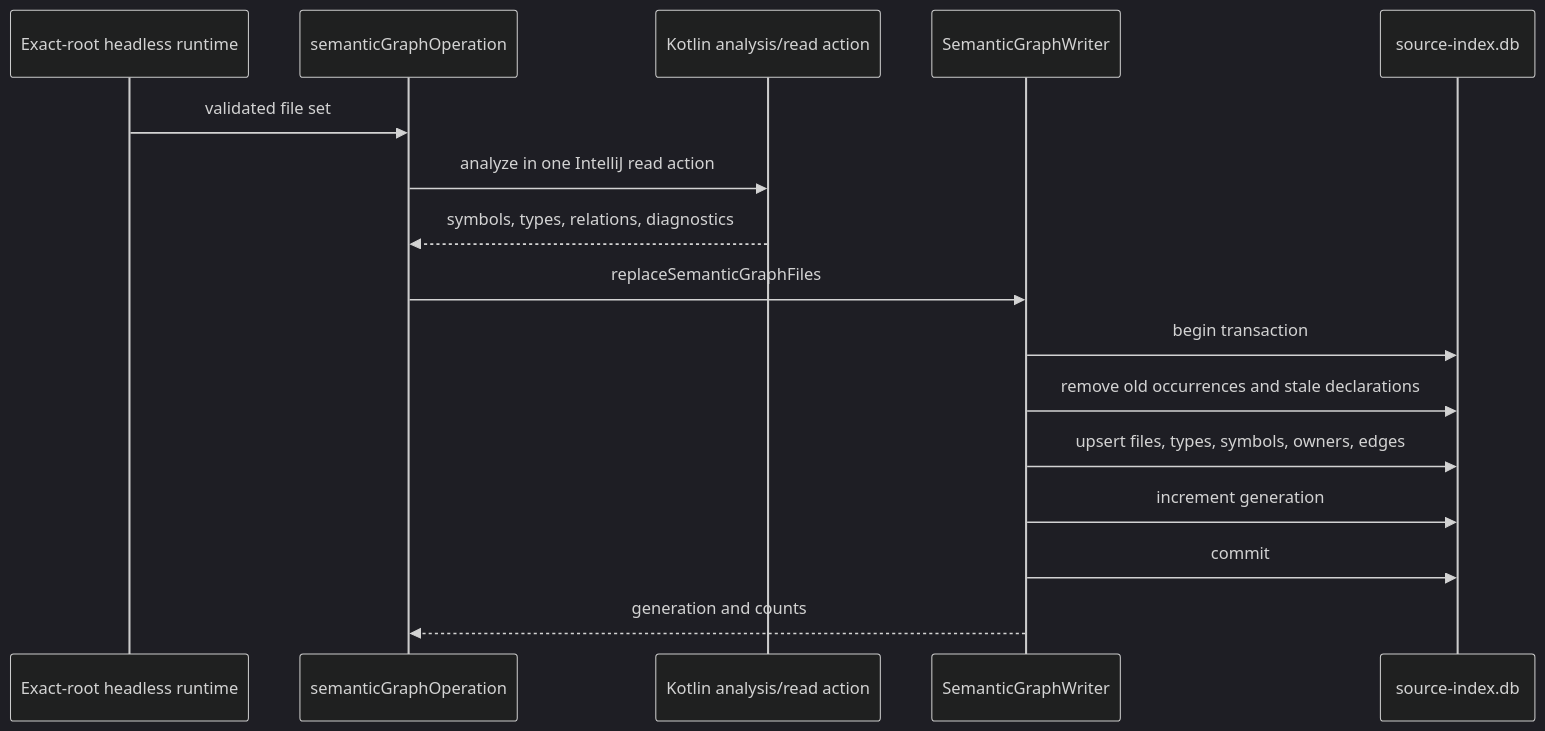
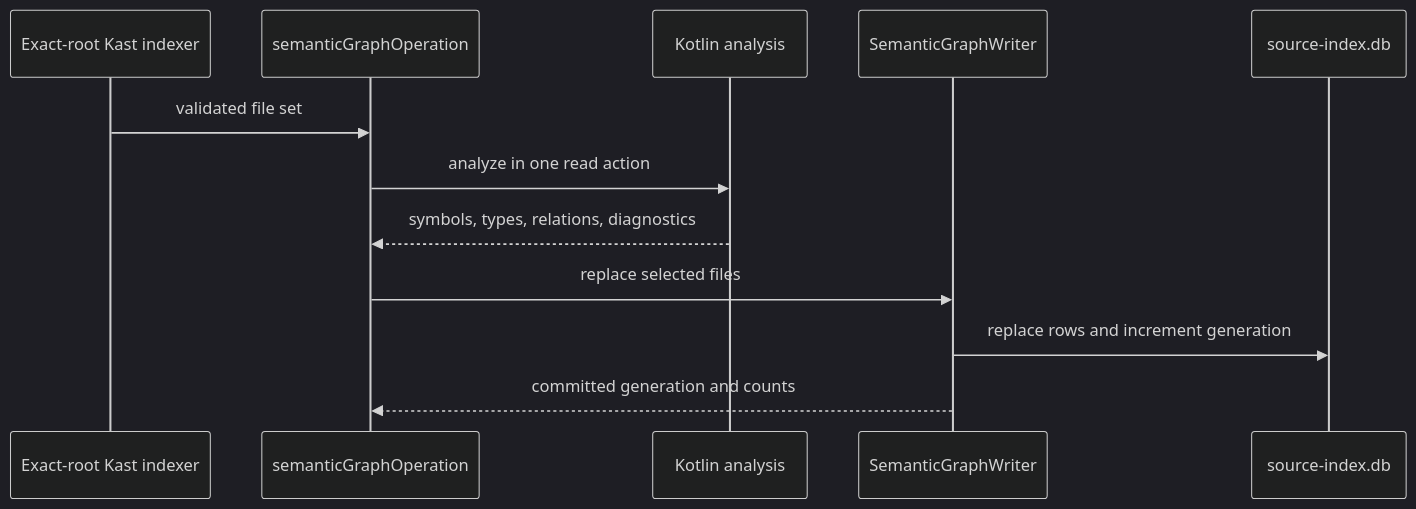
One commit to amichne/kast changed the first of 2 diagrams in docs/explanation/repository-intelligence.md. Above: the diagram before and after it, drawn with Mermaid (dark theme). The commit also changed other lines of this file and 792 other files, not shown here.

Commit message:
refactor: converge on one Kast indexer

````diff
--- a/docs/explanation/repository-intelligence.md
+++ b/docs/explanation/repository-intelligence.md
@@ -136,19 +109,15 @@
 ```mermaid
 sequenceDiagram
-    participant Runtime as Exact-root headless runtime
+    participant Indexer as Exact-root Kast indexer
     participant Operation as semanticGraphOperation
-    participant Compiler as Kotlin analysis/read action
+    participant Compiler as Kotlin analysis
     participant Writer as SemanticGraphWriter
     participant DB as source-index.db
 
-    Runtime->>Operation: validated file set
-    Operation->>Compiler: analyze in one IntelliJ read action
+    Indexer->>Operation: validated file set
+    Operation->>Compiler: analyze in one read action
     Compiler-->>Operation: symbols, types, relations, diagnostics
-    Operation->>Writer: replaceSemanticGraphFiles
-    Writer->>DB: begin transaction
-    Writer->>DB: remove old occurrences and stale declarations
-    Writer->>DB: upsert files, types, symbols, owners, edges
-    Writer->>DB: increment generation
-    Writer->>DB: commit
-    Writer-->>Operation: generation and counts
+    Operation->>Writer: replace selected files
+    Writer->>DB: replace rows and increment generation
+    Writer-->>Operation: committed generation and counts
 ```
````
